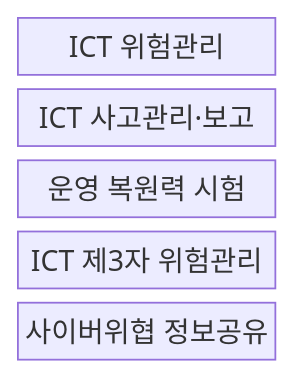
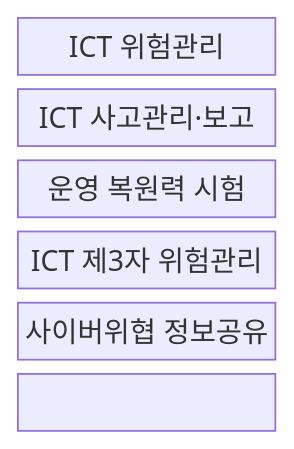
The first of 2 diagrams in src/content/docs/notes/05-security/124_eu_dora.md (agnusdei1207/knowledge-base), drawn with Mermaid before and after one commit. The commit also changed other lines of this file and 151 other files, not shown here.

````diff
--- a/src/content/docs/notes/05-security/124_eu_dora.md
+++ b/src/content/docs/notes/05-security/124_eu_dora.md
@@ -55,9 +55,11 @@
 ```mermaid
 block-beta
   columns 1
   R["ICT 위험관리"]
   I["ICT 사고관리·보고"]
   T["운영 복원력 시험"]
   P["ICT 제3자 위험관리"]
   S["사이버위협 정보공유"]
+  R --- I --- T
+  T --- P --- S
 ```
````
